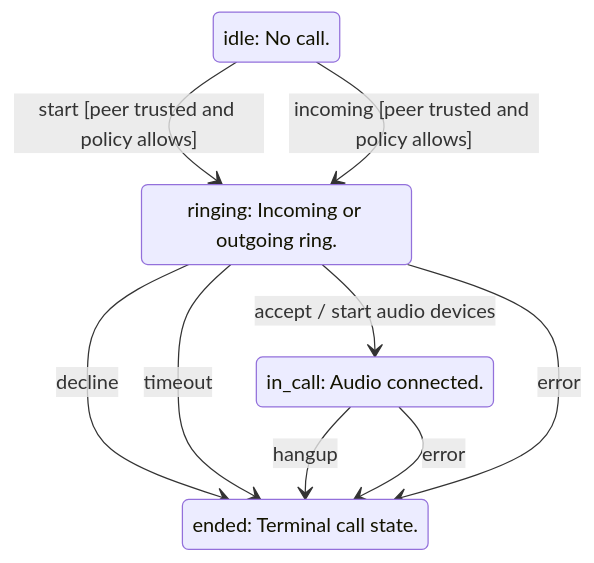
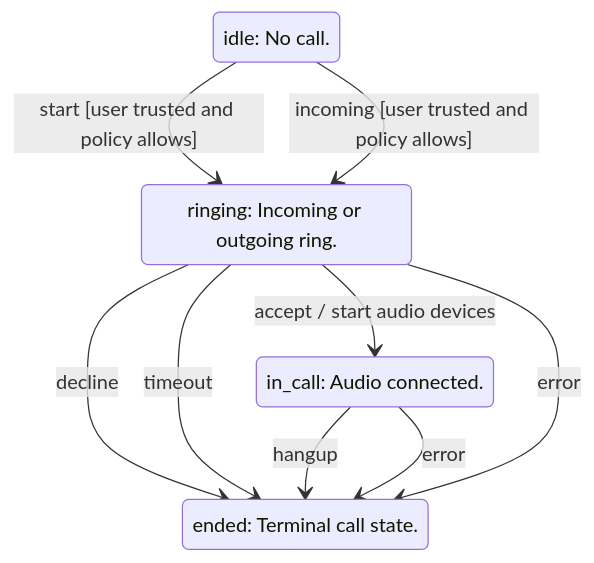
Before and after one commit to TICO-CO/TiConnect: the diagram in docs/systems/generated/state-machines/call.md, drawn with Mermaid. The commit also changed other lines of this file and 216 other files, not shown here.

````diff
--- a/docs/systems/generated/state-machines/call.md
+++ b/docs/systems/generated/state-machines/call.md
@@ -8,15 +8,15 @@
 ```mermaid
 stateDiagram-v2
   state "idle: No call." as s_idle
   state "ringing: Incoming or outgoing ring." as s_ringing
   state "in_call: Audio connected." as s_in_call
   state "ended: Terminal call state." as s_ended
-  s_idle --> s_ringing: start [peer trusted and policy allows]
-  s_idle --> s_ringing: incoming [peer trusted and policy allows]
+  s_idle --> s_ringing: start [user trusted and policy allows]
+  s_idle --> s_ringing: incoming [user trusted and policy allows]
   s_ringing --> s_in_call: accept / start audio devices
   s_ringing --> s_ended: decline
   s_ringing --> s_ended: timeout
   s_in_call --> s_ended: hangup
   s_in_call --> s_ended: error
   s_ringing --> s_ended: error
 ```
````
